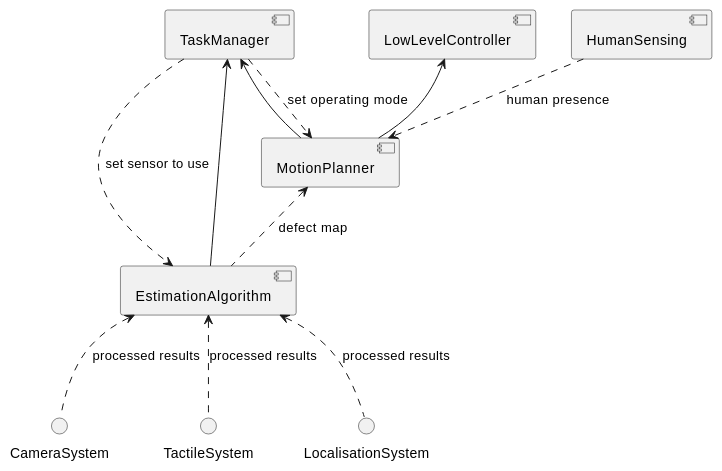
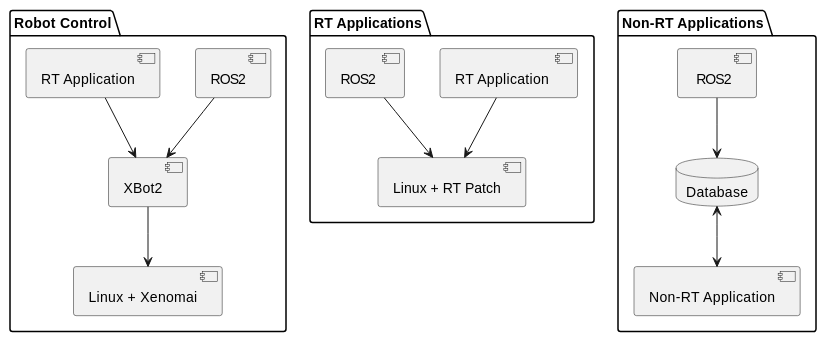
The first of 10 diagrams in framework.md (magician-project/magician-project), drawn with PlantUML before and after one commit. The commit also changed other lines of this file and 1 other file, not shown here.

````diff
--- a/framework.md
+++ b/framework.md
@@ -81,18 +7,21 @@
 ```{plantuml}
 :width: 700px
 @startuml
-CameraSystem .up.> [EstimationAlgorithm]: processed results
-TactileSystem .up.> [EstimationAlgorithm]: processed results
-LocalisationSystem .up.> [EstimationAlgorithm]: processed results
+package "Robot Control" {
+  [ROS2] -down-> [XBot2]
+  [RT Application] -down-> [XBot2]
+  [XBot2] -down-> [Linux + Xenomai]
+}
 
-[EstimationAlgorithm] .up.> [MotionPlanner]: defect map
-[EstimationAlgorithm] -up-> [TaskManager]
-[MotionPlanner] -down-> [TaskManager]
-[TaskManager] ..> [EstimationAlgorithm]: set sensor to use
-[TaskManager] ..> [MotionPlanner]: set operating mode
-[LowLevelController] <-- [MotionPlanner]
-[HumanSensing] ..> [MotionPlanner]: human presence
+package "RT Applications" {
+  [RT Application ] -down-> [Linux + RT Patch]
+  [ROS2 ] -down-> [Linux + RT Patch]
+}
 
+package "Non-RT Applications" {
+  database "Database"
+  [ ROS2] -down-> Database
+  Database <-down-> [Non-RT Application]
 }
 @enduml
 ```
````
